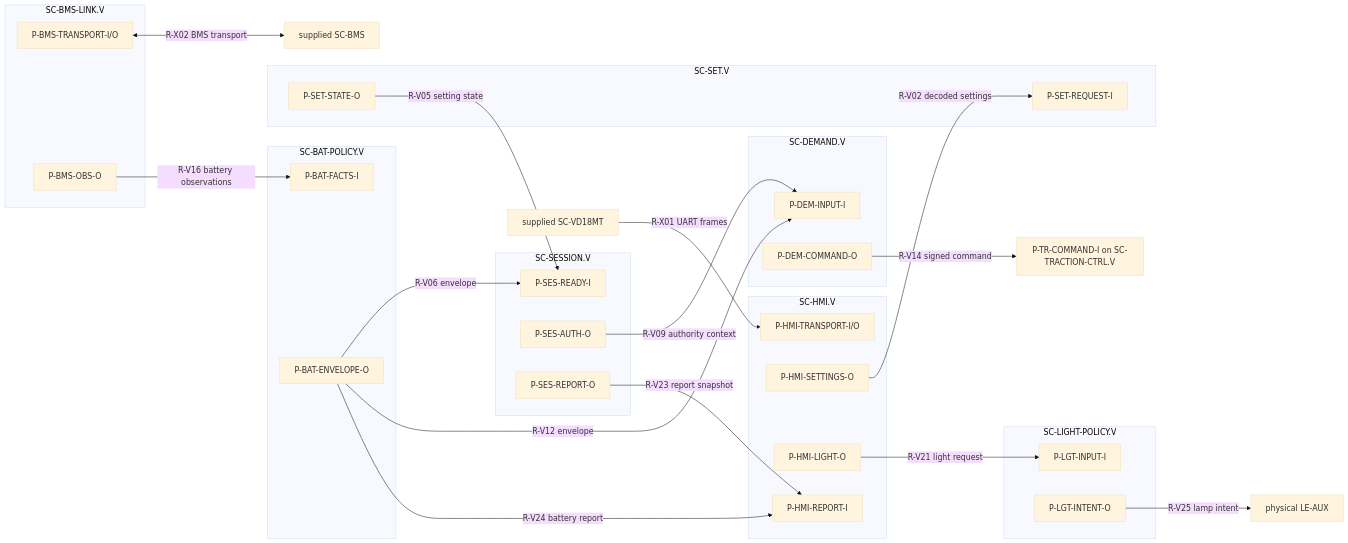
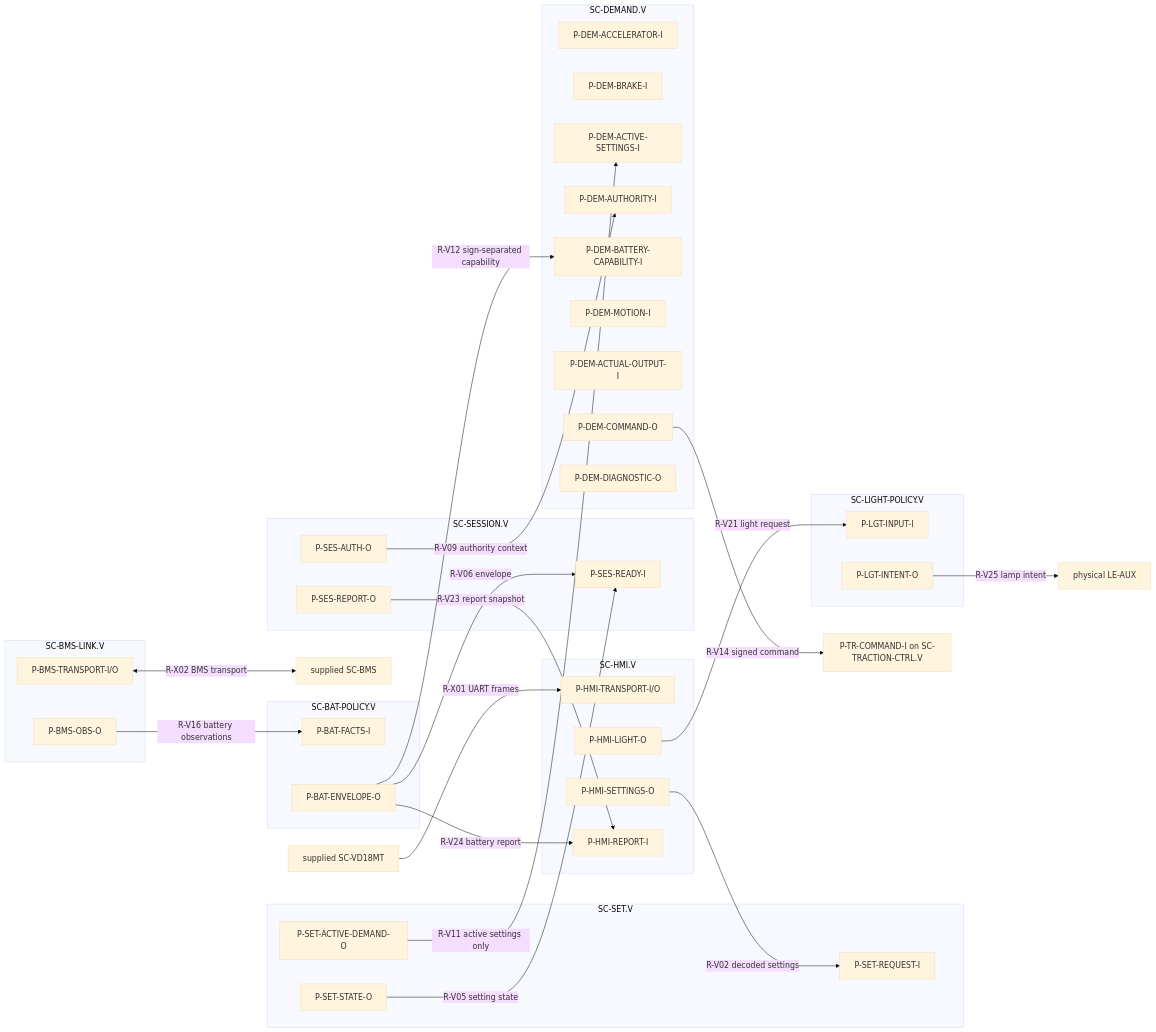
The second of 4 diagrams in .devenv/Architecture/SoftwareArchitecture/ARCH-003_Software_Architecture.md (dhellhake/X2CityMCU), drawn with Mermaid (base theme) before and after one commit. The commit also changed other lines of this file and 71 other files, not shown here.

Commit message:
Added Data-Flow to all architecture layers

````diff
--- a/.devenv/Architecture/SoftwareArchitecture/ARCH-003_Software_Architecture.md
+++ b/.devenv/Architecture/SoftwareArchitecture/ARCH-003_Software_Architecture.md
@@ -209,47 +212,56 @@
 ```mermaid
 flowchart LR
     subgraph HMI[SC-HMI.V]
         HTR[P-HMI-TRANSPORT-I/O]
         HSE[P-HMI-SETTINGS-O]
         HLI[P-HMI-LIGHT-O]
         HRI[P-HMI-REPORT-I]
     end
     subgraph SET[SC-SET.V]
         SRI[P-SET-REQUEST-I]
         SSO[P-SET-STATE-O]
+        SAD[P-SET-ACTIVE-DEMAND-O]
     end
     subgraph SES[SC-SESSION.V]
         SEDI[P-SES-READY-I]
         SEAO[P-SES-AUTH-O]
         SERO[P-SES-REPORT-O]
     end
     subgraph DEM[SC-DEMAND.V]
-        DEI[P-DEM-INPUT-I]
+        DAI[P-DEM-ACCELERATOR-I]
+        DBI[P-DEM-BRAKE-I]
+        DSI[P-DEM-ACTIVE-SETTINGS-I]
+        DAU[P-DEM-AUTHORITY-I]
+        DBC[P-DEM-BATTERY-CAPABILITY-I]
+        DMO[P-DEM-MOTION-I]
+        DAO[P-DEM-ACTUAL-OUTPUT-I]
         DEO[P-DEM-COMMAND-O]
+        DDO[P-DEM-DIAGNOSTIC-O]
     end
     subgraph BMS[SC-BMS-LINK.V]
         BTI[P-BMS-TRANSPORT-I/O]
         BTO[P-BMS-OBS-O]
     end
     subgraph BAT[SC-BAT-POLICY.V]
         BFI[P-BAT-FACTS-I]
         BEO[P-BAT-ENVELOPE-O]
     end
     subgraph LGT[SC-LIGHT-POLICY.V]
         LII[P-LGT-INPUT-I]
         LIO[P-LGT-INTENT-O]
     end
     VD[supplied SC-VD18MT] -->|R-X01 UART frames| HTR
     HSE -->|R-V02 decoded settings| SRI
     SSO -->|R-V05 setting state| SEDI
-    SEAO -->|R-V09 authority context| DEI
+    SEAO -->|R-V09 authority context| DAU
+    SAD -->|R-V11 active settings only| DSI
     DEO -->|R-V14 signed command| TCI[P-TR-COMMAND-I on SC-TRACTION-CTRL.V]
     BTI <-->|R-X02 BMS transport| SB[supplied SC-BMS]
     BTO -->|R-V16 battery observations| BFI
     BEO -->|R-V06 envelope| SEDI
-    BEO -->|R-V12 envelope| DEI
+    BEO -->|R-V12 sign-separated capability| DBC
     HLI -->|R-V21 light request| LII
     SERO -->|R-V23 report snapshot| HRI
     BEO -->|R-V24 battery report| HRI
     LIO -->|R-V25 lamp intent| AUX[physical LE-AUX]
 ```
````
